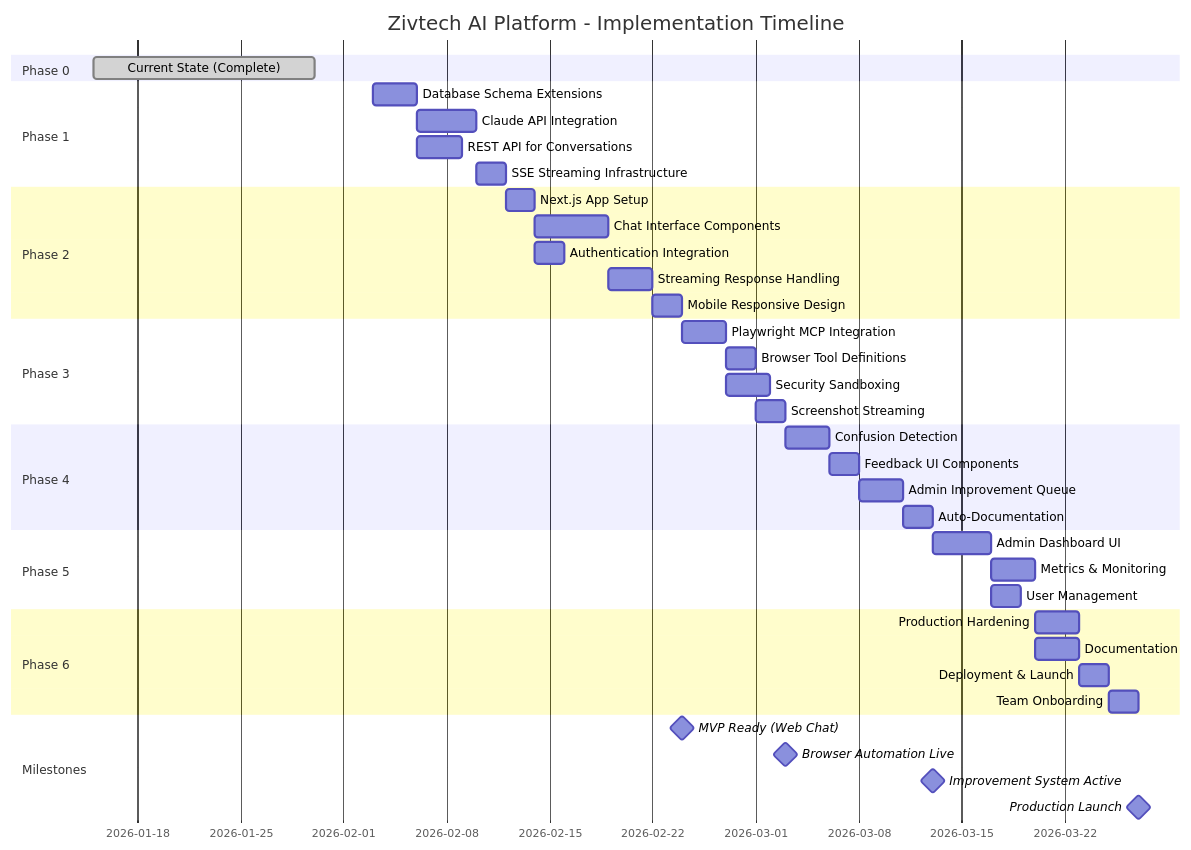
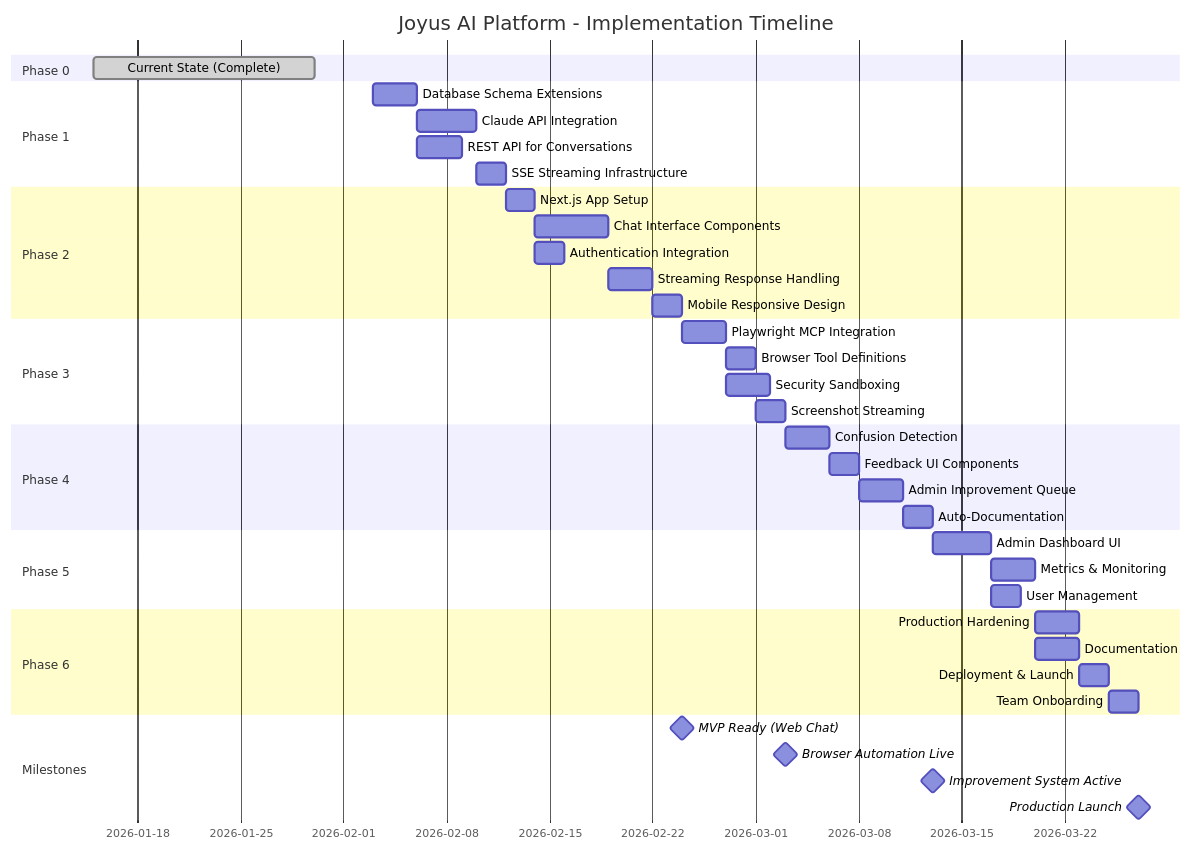
Before and after one commit to zivtech/joyus-ai: the diagram in joyus-ai-mcp-server/docs/diagrams/phases-timeline.mermaid, drawn with Mermaid. The commit also changed 51 other files, not shown here.

```diff
--- a/joyus-ai-mcp-server/docs/diagrams/phases-timeline.mermaid
+++ b/joyus-ai-mcp-server/docs/diagrams/phases-timeline.mermaid
@@ -1,48 +1,48 @@
 gantt
-    title Zivtech AI Platform - Implementation Timeline
+    title Joyus AI Platform - Implementation Timeline
     dateFormat  YYYY-MM-DD
 
     section Phase 0
     Current State (Complete)       :done, p0, 2026-01-15, 2026-01-30
 
     section Phase 1
     Database Schema Extensions     :p1a, 2026-02-03, 3d
     Claude API Integration         :p1b, after p1a, 4d
     REST API for Conversations     :p1c, after p1a, 3d
     SSE Streaming Infrastructure   :p1d, after p1b, 2d
 
     section Phase 2
     Next.js App Setup              :p2a, after p1d, 2d
     Chat Interface Components      :p2b, after p2a, 5d
     Authentication Integration     :p2c, after p2a, 2d
     Streaming Response Handling    :p2d, after p2b, 3d
     Mobile Responsive Design       :p2e, after p2d, 2d
 
     section Phase 3
     Playwright MCP Integration     :p3a, after p2e, 3d
     Browser Tool Definitions       :p3b, after p3a, 2d
     Security Sandboxing            :p3c, after p3a, 3d
     Screenshot Streaming           :p3d, after p3b, 2d
 
     section Phase 4
     Confusion Detection            :p4a, after p3d, 3d
     Feedback UI Components         :p4b, after p4a, 2d
     Admin Improvement Queue        :p4c, after p4b, 3d
     Auto-Documentation             :p4d, after p4c, 2d
 
     section Phase 5
     Admin Dashboard UI             :p5a, after p4d, 4d
     Metrics & Monitoring           :p5b, after p5a, 3d
     User Management                :p5c, after p5a, 2d
 
     section Phase 6
     Production Hardening           :p6a, after p5b, 3d
     Documentation                  :p6b, after p5b, 3d
     Deployment & Launch            :p6c, after p6a, 2d
     Team Onboarding                :p6d, after p6c, 2d
 
     section Milestones
     MVP Ready (Web Chat)           :milestone, m1, after p2e, 0d
     Browser Automation Live        :milestone, m2, after p3d, 0d
     Improvement System Active      :milestone, m3, after p4d, 0d
     Production Launch              :milestone, m4, after p6d, 0d
```
